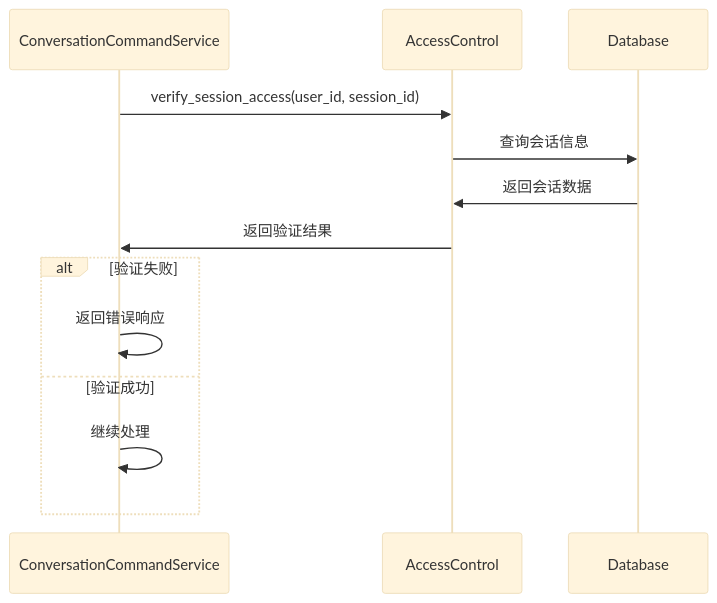
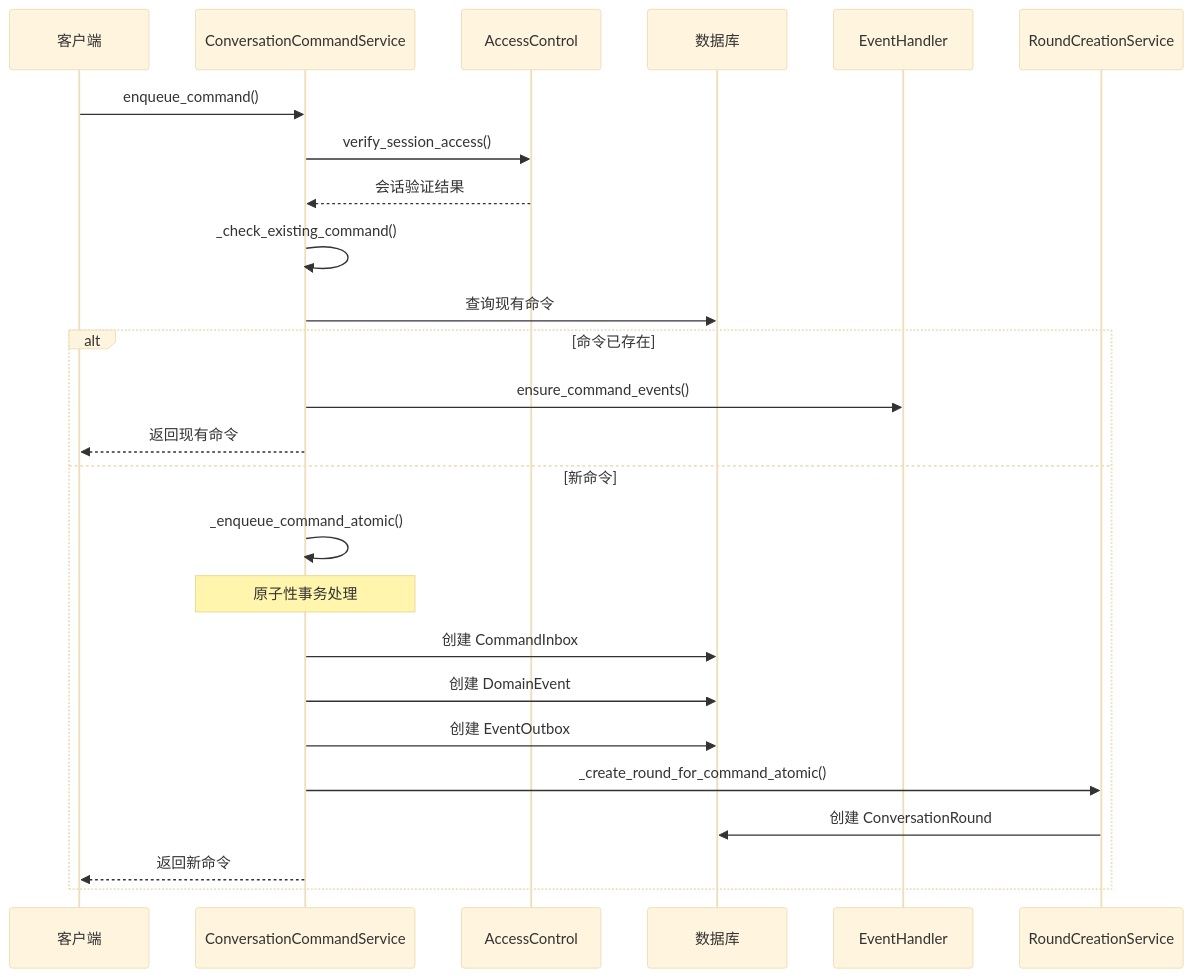
Before and after one commit to zhiyue/infinite-scribe: the second of 9 diagrams in apps/backend/src/common/services/conversation/README.md, drawn with Mermaid (base theme). The commit also changed other lines of this file and 1 other file, not shown here.

````diff
--- a/apps/backend/src/common/services/conversation/README.md
+++ b/apps/backend/src/common/services/conversation/README.md
@@ -85,16 +97,29 @@
 ```mermaid
 sequenceDiagram
-    participant C as ConversationCommandService
-    participant A as AccessControl
-    participant DB as Database
+    participant Client as 客户端
+    participant CCS as ConversationCommandService
+    participant AC as AccessControl
+    participant DB as 数据库
+    participant EH as EventHandler
+    participant RCS as RoundCreationService
     
-    C->>A: verify_session_access(user_id, session_id)
-    A->>DB: 查询会话信息
-    DB->>A: 返回会话数据
-    A->>C: 返回验证结果
-    alt 验证失败
-        C->>C: 返回错误响应
-    else 验证成功
-        C->>C: 继续处理
+    Client->>CCS: enqueue_command()
+    CCS->>AC: verify_session_access()
+    AC-->>CCS: 会话验证结果
+    CCS->>CCS: _check_existing_command()
+    CCS->>DB: 查询现有命令
+    
+    alt 命令已存在
+        CCS->>EH: ensure_command_events()
+        CCS-->>Client: 返回现有命令
+    else 新命令
+        CCS->>CCS: _enqueue_command_atomic()
+        Note over CCS: 原子性事务处理
+        CCS->>DB: 创建 CommandInbox
+        CCS->>DB: 创建 DomainEvent
+        CCS->>DB: 创建 EventOutbox
+        CCS->>RCS: _create_round_for_command_atomic()
+        RCS->>DB: 创建 ConversationRound
+        CCS-->>Client: 返回新命令
     end
 ```
````
